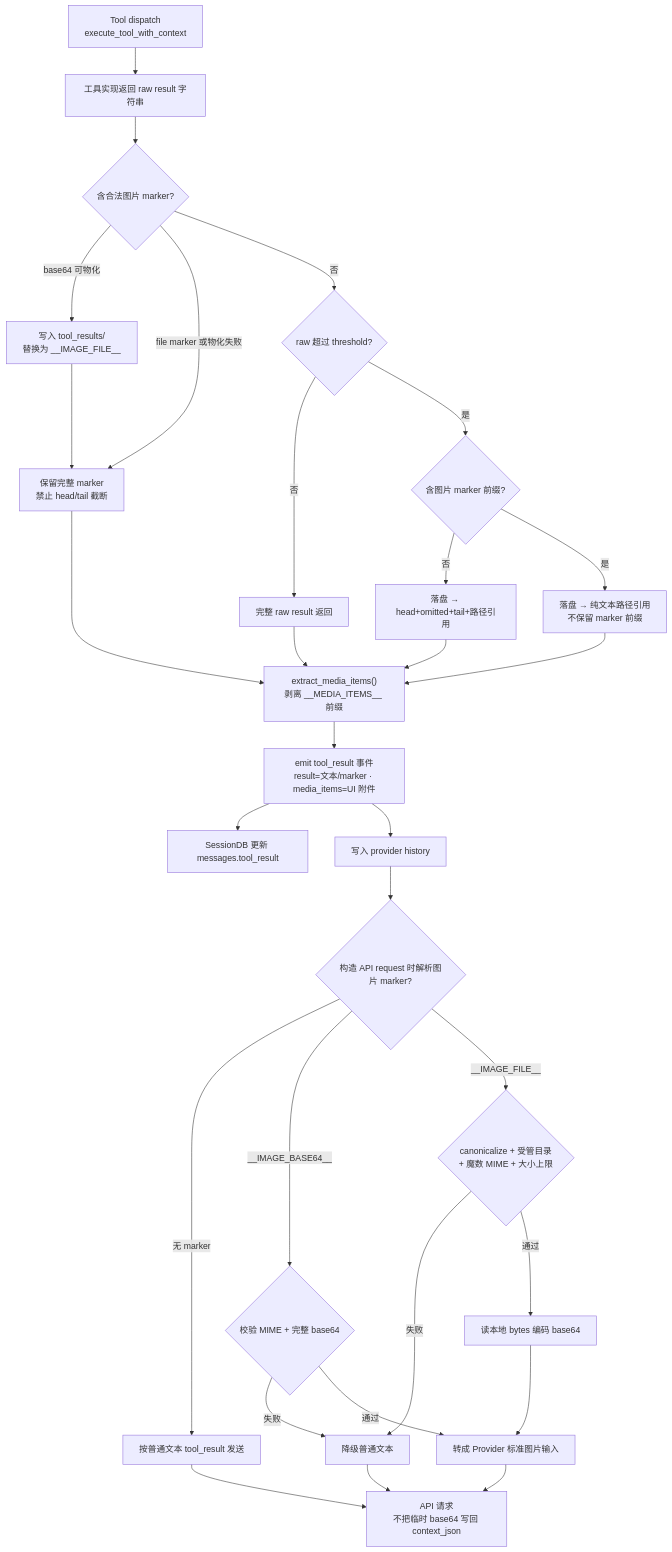
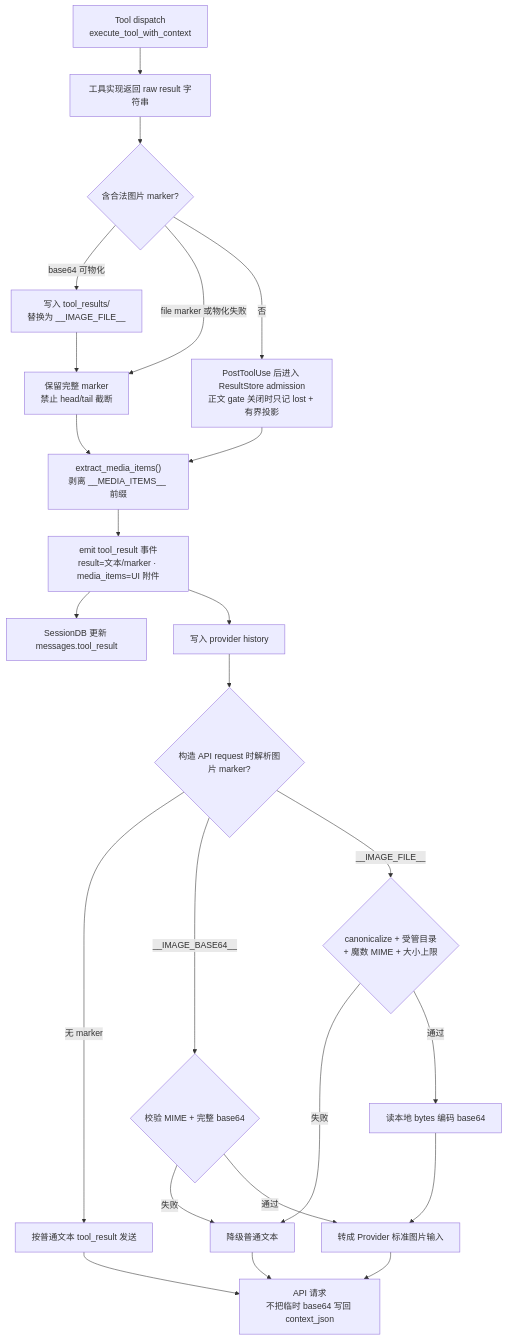
One commit to gabrielmoreira/agent-skills-mirror changed the eighth of 9 diagrams in mirrors/repos/shiwenwen@hope-agent/docs/architecture/core/tool-system.md. Above: the diagram before and after it, drawn with Mermaid. The commit also changed other lines of this file and 1493 other files, not shown here.

````diff
--- a/mirrors/repos/shiwenwen@hope-agent/docs/architecture/core/tool-system.md
+++ b/mirrors/repos/shiwenwen@hope-agent/docs/architecture/core/tool-system.md
@@ -791,33 +787,26 @@
 ```mermaid
 flowchart TD
     Start["Tool dispatch<br/>execute_tool_with_context"] --> Run["工具实现返回 raw result 字符串"]
     Run --> HasImageMarker{"含合法图片 marker?"}
     HasImageMarker -->|"base64 可物化"| Materialize["写入 tool_results/<br/>替换为 __IMAGE_FILE__"]
     HasImageMarker -->|"file marker 或物化失败"| PreserveVisual["保留完整 marker<br/>禁止 head/tail 截断"]
-    HasImageMarker -->|否| IsLarge{"raw 超过 threshold?"}
+    HasImageMarker -->|否| AdmitText["PostToolUse 后进入 ResultStore admission<br/>正文 gate 关闭时只记 lost + 有界投影"]
     Materialize --> PreserveVisual
-    IsLarge -- 否 --> Inline["完整 raw result 返回"]
-    IsLarge -- 是 --> AnyMarker{"含图片 marker 前缀?"}
-    AnyMarker -- 否 --> PersistText["落盘 → head+omitted+tail+路径引用"]
-    AnyMarker -- 是 --> PersistVisualText["落盘 → 纯文本路径引用<br/>不保留 marker 前缀"]
-
-    Inline --> StripMedia["extract_media_items()<br/>剥离 __MEDIA_ITEMS__ 前缀"]
-    PersistText --> StripMedia
-    PersistVisualText --> StripMedia
+    AdmitText --> StripMedia["extract_media_items()<br/>剥离 __MEDIA_ITEMS__ 前缀"]
     PreserveVisual --> StripMedia
     StripMedia --> EmitEvent["emit tool_result 事件<br/>result=文本/marker · media_items=UI 附件"]
     EmitEvent --> PersistDb["SessionDB 更新 messages.tool_result"]
     EmitEvent --> History["写入 provider history"]
     History --> ProviderParse{"构造 API request 时解析图片 marker?"}
     ProviderParse -- 无 marker --> PlainToolResult["按普通文本 tool_result 发送"]
     ProviderParse -- __IMAGE_BASE64__ --> ValidateB64{"校验 MIME + 完整 base64"}
     ProviderParse -- __IMAGE_FILE__ --> ValidateFile{"canonicalize + 受管目录<br/>+ 魔数 MIME + 大小上限"}
     ValidateB64 -- 失败 --> PlainFallback["降级普通文本"]
     ValidateFile -- 失败 --> PlainFallback
     ValidateB64 -- 通过 --> ProviderImage["转成 Provider 标准图片输入"]
     ValidateFile -- 通过 --> ReadEncode["读本地 bytes 编码 base64"]
     ReadEncode --> ProviderImage
     ProviderImage --> ApiRequest["API 请求<br/>不把临时 base64 写回 context_json"]
     PlainToolResult --> ApiRequest
     PlainFallback --> ApiRequest
 ```
````
